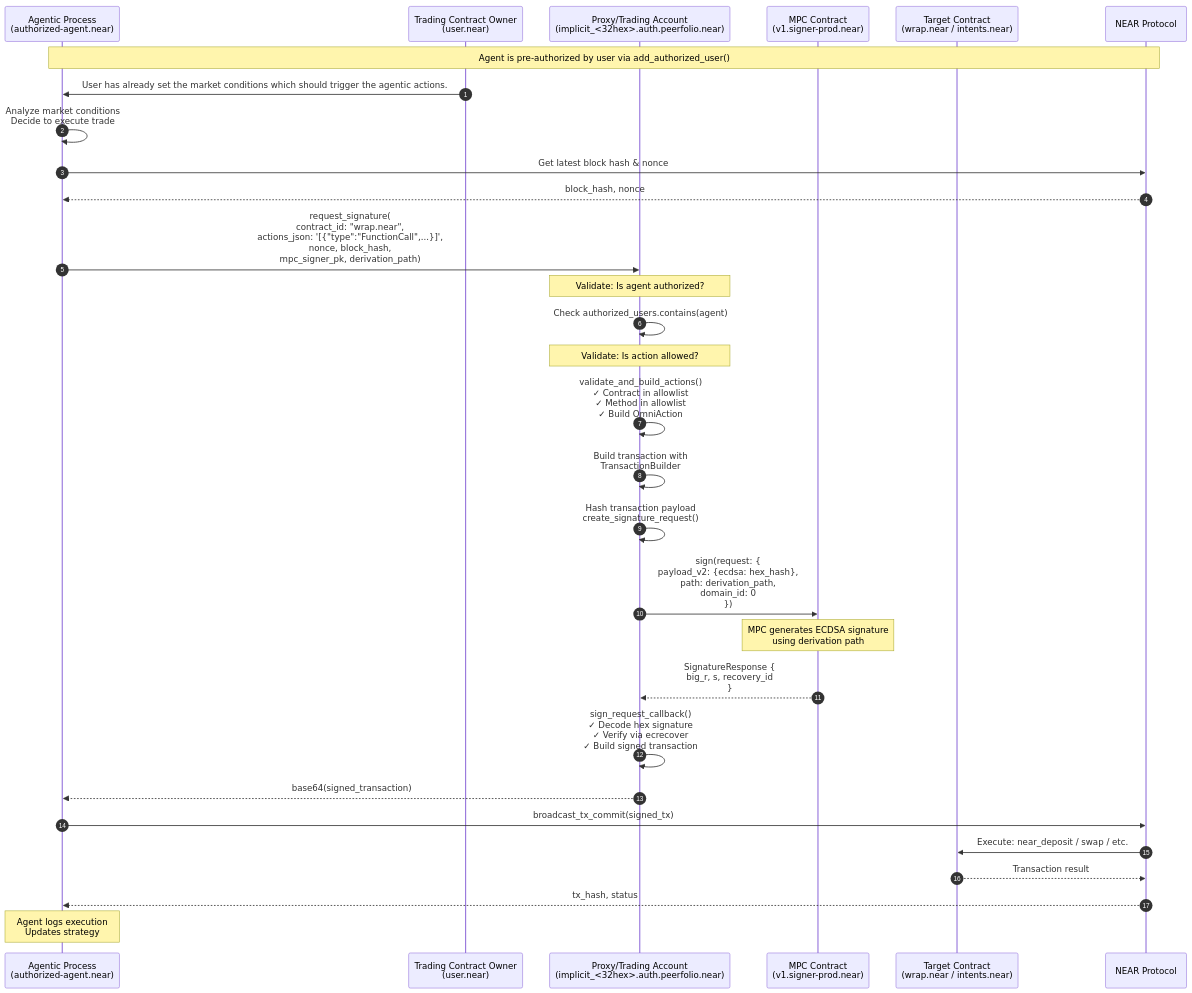
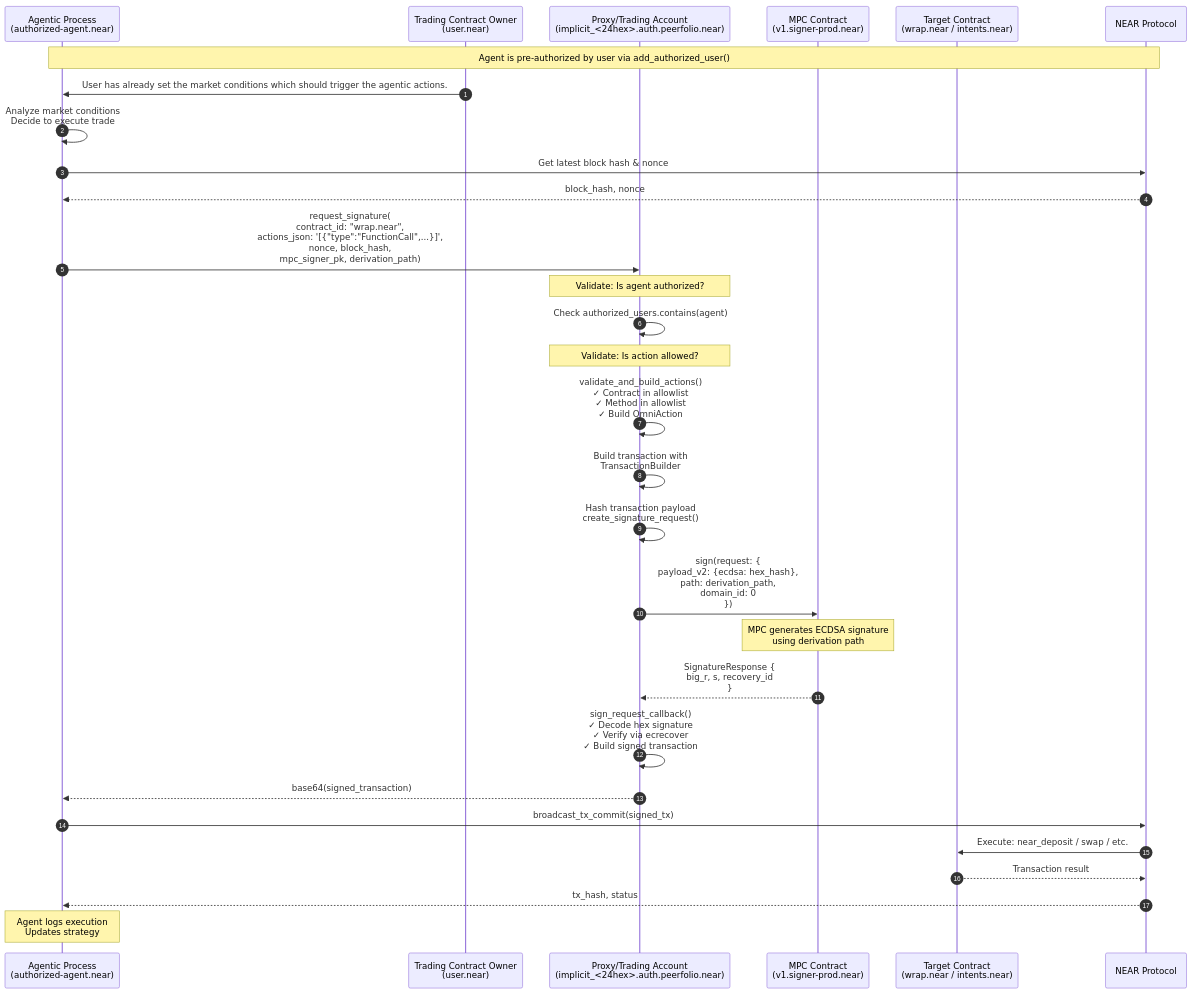
Before and after one commit to beneviolabs/autonomous-trading-account: the second of 2 diagrams in README.md, drawn with Mermaid. The commit also changed other lines of this file and 3 other files, not shown here.

````diff
--- a/README.md
+++ b/README.md
@@ -78,49 +78,49 @@
 ```mermaid
 sequenceDiagram
     autonumber
     participant Agent as Agentic Process <br> (authorized-agent.near)
     participant User as Trading Contract Owner <br> (user.near)
-    participant Proxy as Proxy/Trading Account <br>(implicit_<32hex>.auth.peerfolio.near)
+    participant Proxy as Proxy/Trading Account <br>(implicit_<24hex>.auth.peerfolio.near)
     participant MPC as MPC Contract <br>(v1.signer-prod.near)
     participant Target as Target Contract <br>(wrap.near / intents.near)
     participant NEAR as NEAR Protocol
 
     Note over Agent,NEAR: Agent is pre-authorized by user via add_authorized_user()
     User->>Agent: User has already set the market conditions which should trigger the agentic actions.
 
     Agent->>Agent: Analyze market conditions<br/>Decide to execute trade
     Agent->>NEAR: Get latest block hash & nonce
     NEAR-->>Agent: block_hash, nonce
 
     Agent->>Proxy: request_signature(<br/>contract_id: "wrap.near",<br/>actions_json: '[{"type":"FunctionCall",...}]',<br/>nonce, block_hash,<br/>mpc_signer_pk, derivation_path)
 
     Note over Proxy: Validate: Is agent authorized?
     Proxy->>Proxy: Check authorized_users.contains(agent)
 
     Note over Proxy: Validate: Is action allowed?
     Proxy->>Proxy: validate_and_build_actions()<br/>✓ Contract in allowlist<br/>✓ Method in allowlist<br/>✓ Build OmniAction
 
     Proxy->>Proxy: Build transaction with<br/>TransactionBuilder
 
     Proxy->>Proxy: Hash transaction payload<br/>create_signature_request()
 
     Proxy->>MPC: sign(request: {<br/>  payload_v2: {ecdsa: hex_hash},<br/>  path: derivation_path,<br/>  domain_id: 0<br/>})
 
     Note over MPC: MPC generates ECDSA signature<br/>using derivation path
 
     MPC-->>Proxy: SignatureResponse {<br/>  big_r, s, recovery_id<br/>}
 
     Proxy->>Proxy: sign_request_callback()<br/>✓ Decode hex signature<br/>✓ Verify via ecrecover<br/>✓ Build signed transaction
 
     Proxy-->>Agent: base64(signed_transaction)
 
     Agent->>NEAR: broadcast_tx_commit(signed_tx)
 
     NEAR->>Target: Execute: near_deposit / swap / etc.
 
     Target-->>NEAR: Transaction result
 
     NEAR-->>Agent: tx_hash, status
 
     Note over Agent: Agent logs execution<br/>Updates strategy
 ```
````
